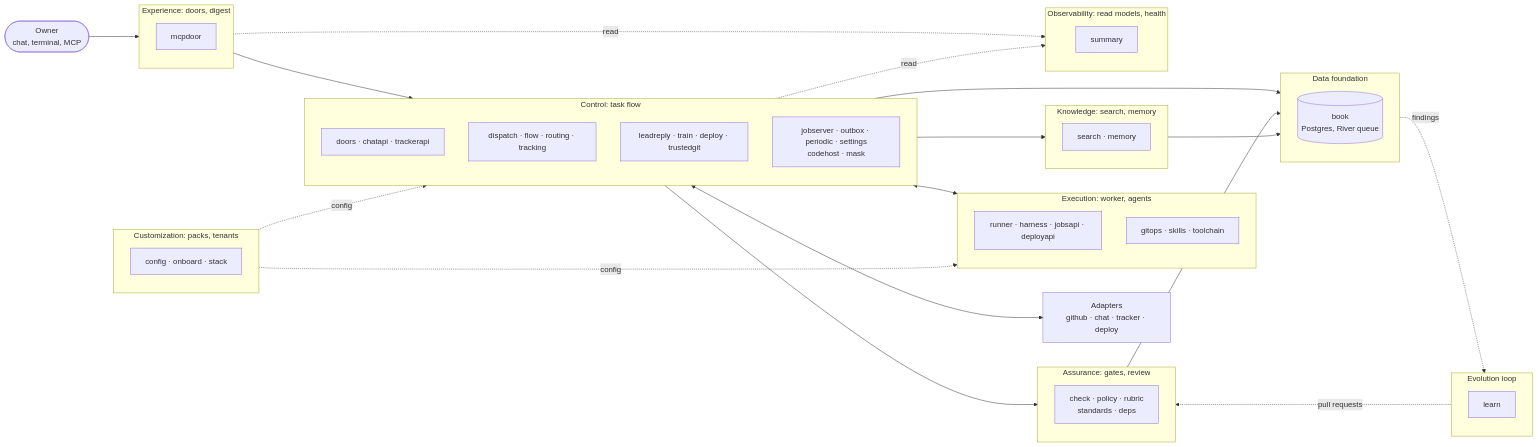
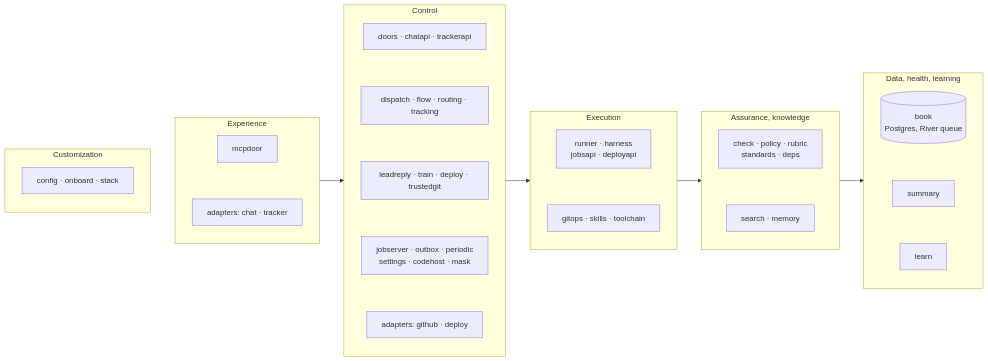
Before and after one commit to IlyaChakun/nightshift: the first of 2 diagrams in README.md, drawn with Mermaid. The commit also changed other lines of this file, not shown here.

First line of the commit message:
docs: lay both README diagrams out left to right (#484)

````diff
--- a/README.md
+++ b/README.md
@@ -14,48 +14,42 @@
 ```mermaid
 flowchart LR
-  you(["Owner<br/>chat, terminal, MCP"])
-  subgraph exp["Experience: doors, digest"]
-    mcpdoor["mcpdoor"]
+  subgraph CUS["Customization"]
+    direction TB
+    u1["config · onboard · stack"]
   end
-  subgraph ctl["Control: task flow"]
+  subgraph EXP["Experience"]
+    direction TB
+    x1["mcpdoor"]
+    x2["adapters: chat · tracker"]
+  end
+  subgraph CTL["Control"]
     direction TB
     c1["doors · chatapi · trackerapi"]
     c2["dispatch · flow · routing · tracking"]
     c3["leadreply · train · deploy · trustedgit"]
-    c4["jobserver · outbox · periodic · settings<br/>codehost · mask"]
+    c4["jobserver · outbox · periodic<br/>settings · codehost · mask"]
+    c5["adapters: github · deploy"]
   end
-  subgraph exe["Execution: worker, agents"]
+  subgraph EXE["Execution"]
     direction TB
-    e1["runner · harness · jobsapi · deployapi"]
+    e1["runner · harness<br/>jobsapi · deployapi"]
     e2["gitops · skills · toolchain"]
   end
-  subgraph asr["Assurance: gates, review"]
+  subgraph ASK["Assurance, knowledge"]
+    direction TB
     a1["check · policy · rubric<br/>standards · deps"]
-  end
-  subgraph kno["Knowledge: search, memory"]
     k1["search · memory"]
   end
-  subgraph obs["Observability: read models, health"]
+  subgraph DAT["Data, health, learning"]
+    direction TB
+    d1[("book<br/>Postgres, River queue")]
     o1["summary"]
-  end
-  subgraph data["Data foundation"]
-    d1[("book<br/>Postgres, River queue")]
-  end
-  subgraph evo["Evolution loop"]
     v1["learn"]
   end
-  subgraph cus["Customization: packs, tenants"]
-    u1["config · onboard · stack"]
-  end
-  adp["Adapters<br/>github · chat · tracker · deploy"]
-  you --> exp --> ctl
-  ctl <--> exe
-  ctl --> asr
-  ctl --> kno
-  exp & ctl -. read .-> obs
-  ctl & asr & kno --> data
-  data -. findings .-> evo
-  evo -. pull requests .-> asr
-  cus -. config .-> ctl & exe
-  ctl <--> adp
+  x1 ~~~ x2
+  c1 ~~~ c2 ~~~ c3 ~~~ c4 ~~~ c5
+  e1 ~~~ e2
+  a1 ~~~ k1
+  d1 ~~~ o1 ~~~ v1
+  CUS ~~~ EXP --> CTL --> EXE --> ASK --> DAT
 ```
````
